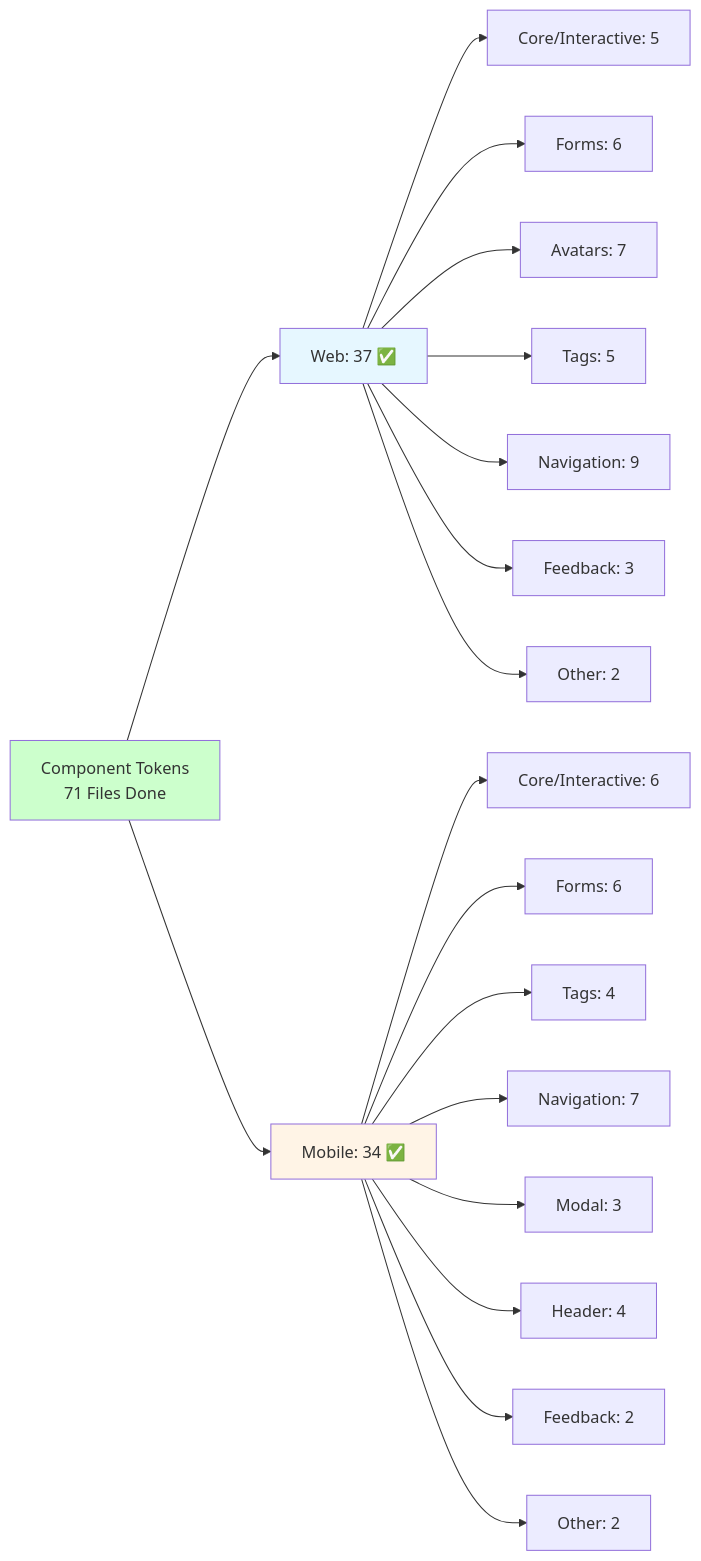
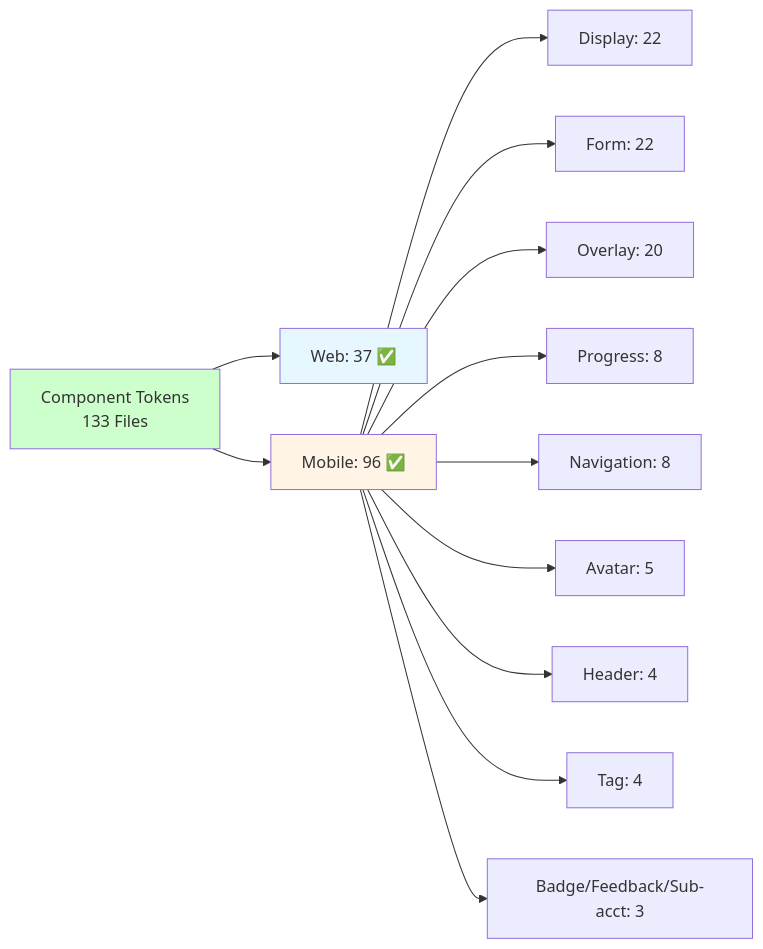
One commit to thisisashwinks/HighRise-Tokens changed the third of 3 diagrams in PROJECT_STATUS_TRACKER.md. Above: the diagram before and after it, drawn with Mermaid. The commit also changed other lines of this file and 1 other file, not shown here.

First line of the commit message:
Update project status and component token files

````diff
--- a/PROJECT_STATUS_TRACKER.md
+++ b/PROJECT_STATUS_TRACKER.md
@@ -426,24 +257,18 @@
 ```mermaid
 flowchart LR
-    A[Component Tokens<br/>71 Files Done] --> B[Web: 37 ✅]
-    A --> C[Mobile: 34 ✅]
-    B --> D[Core/Interactive: 5]
-    B --> E[Forms: 6]
-    B --> F[Avatars: 7]
-    B --> G[Tags: 5]
-    B --> H[Navigation: 9]
-    B --> I[Feedback: 3]
-    B --> J[Other: 2]
-    C --> K[Core/Interactive: 6]
-    C --> L[Forms: 6]
-    C --> M[Tags: 4]
-    C --> N[Navigation: 7]
-    C --> O[Modal: 3]
-    C --> P[Header: 4]
-    C --> Q[Feedback: 2]
-    C --> R[Other: 2]
-    
+    A[Component Tokens<br/>133 Files] --> B[Web: 37 ✅]
+    A --> C[Mobile: 96 ✅]
+    C --> D[Display: 22]
+    C --> E[Form: 22]
+    C --> F[Overlay: 20]
+    C --> G[Progress: 8]
+    C --> H[Navigation: 8]
+    C --> I[Avatar: 5]
+    C --> J[Header: 4]
+    C --> K[Tag: 4]
+    C --> L[Badge/Feedback/Sub-acct: 3]
+
     style A fill:#ccffcc
     style B fill:#e6f7ff
     style C fill:#fff4e6
 ```
````
